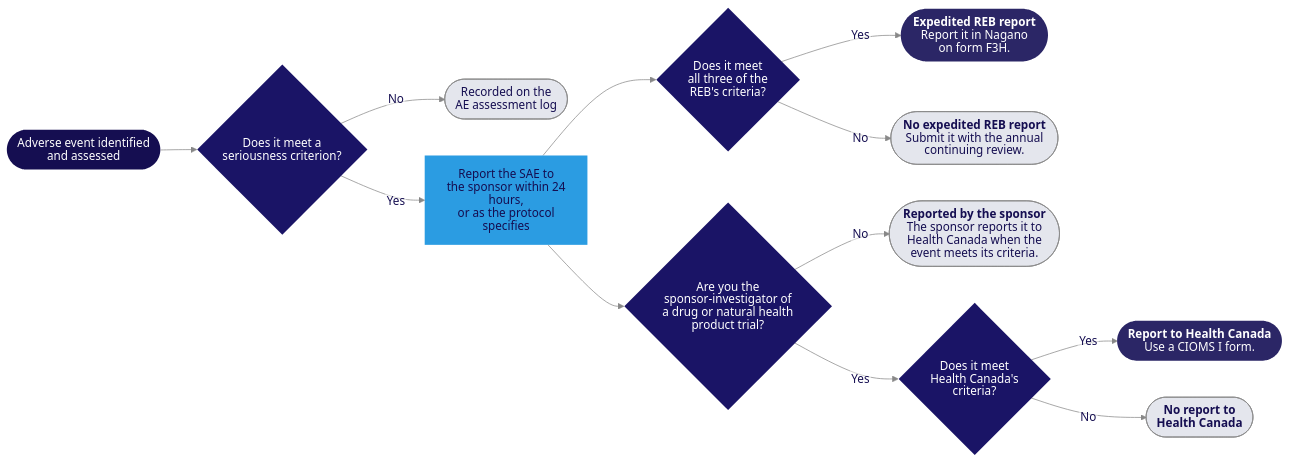
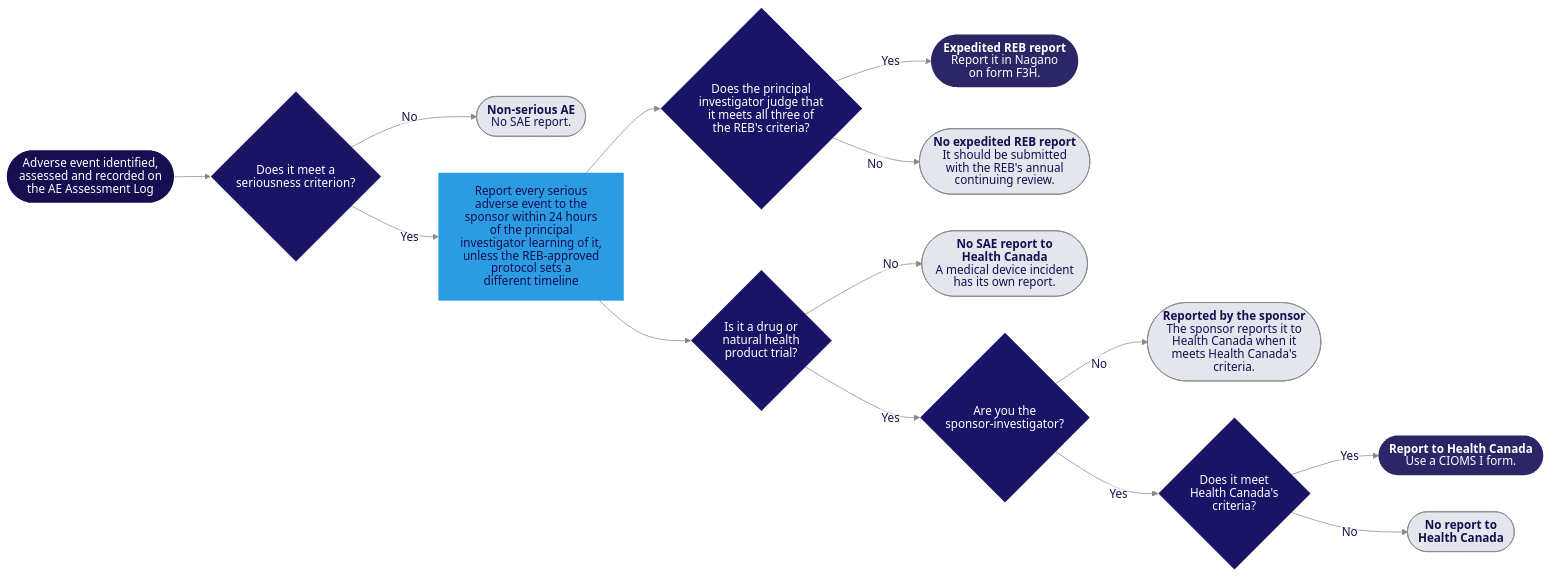
Before and after one commit to matthewfiorentino/docs: the diagram in images/diagrams/adverse-event-reporting.mmd, drawn with Mermaid. The commit also changed 2 other files, not shown here.

Commit message:
Hub review: Reportable Events and Protocol Deviations rewritten (V3)
- The page rewritten under STYLE-HUB 2.0, with the blind review's and
  the fact check's verified findings: the AE rule's scope and reference
  points, the SAE clock from the principal investigator's awareness,
  every sponsor's reporting to Health Canada, external SUSARs with their
  own row, the route when another Quebec REB reviews the study, and the
  page's own sources' requirements added
- The adverse-event diagram follows the text (the product question
  first; device studies end at their own report), with its SVG
  regenerated

```diff
--- a/images/diagrams/adverse-event-reporting.mmd
+++ b/images/diagrams/adverse-event-reporting.mmd
@@ -1,27 +1,31 @@
 %%{init: {'theme':'base','htmlLabels':false,'flowchart':{'htmlLabels':false,'subGraphTitleMargin':{'top':14,'bottom':10}},'themeVariables':{'primaryColor':'#2b2666','primaryTextColor':'#ffffff','primaryBorderColor':'#2b2666','lineColor':'#888','edgeLabelBackground':'#ffffff','titleColor':'#150e51','fontFamily':'system-ui,sans-serif'}}}%%
 flowchart LR
-    S(["Adverse event identified<br/>and assessed"]) --> Q1{"Does it meet a<br/>seriousness criterion?"}
-    Q1 -->|"No"| E1(["Recorded on the<br/>AE assessment log"])
-    Q1 -->|"Yes"| SP["Report the SAE to<br/>the sponsor within 24 hours,<br/>or as the protocol specifies"]
-    SP --> Q2{"Does it meet<br/>all three of the<br/>REB's criteria?"}
-    SP --> Q3{"Are you the<br/>sponsor-investigator of<br/>a drug or natural health<br/>product trial?"}
+    S(["Adverse event identified,<br/>assessed and recorded on<br/>the AE Assessment Log"]) --> Q1{"Does it meet a<br/>seriousness criterion?"}
+    Q1 -->|"No"| E1(["`**Non-serious AE**<br/>No SAE report.`"])
+    Q1 -->|"Yes"| SP["Report every serious<br/>adverse event to the<br/>sponsor within 24 hours<br/>of the principal<br/>investigator learning of it,<br/>unless the REB-approved<br/>protocol sets a<br/>different timeline"]
+    SP --> Q2{"Does the principal<br/>investigator judge that<br/>it meets all three of<br/>the REB's criteria?"}
+    SP --> Q3{"Is it a drug or<br/>natural health<br/>product trial?"}
     Q2 -->|"Yes"| E2(["`**Expedited REB report**<br/>Report it in Nagano<br/>on form F3H.`"])
-    Q2 -->|"No"| E3(["`**No expedited REB report**<br/>Submit it with the annual<br/>continuing review.`"])
-    Q3 -->|"No"| E4(["`**Reported by the sponsor**<br/>The sponsor reports it to<br/>Health Canada when the<br/>event meets its criteria.`"])
-    Q3 -->|"Yes"| Q4{"Does it meet<br/>Health Canada's<br/>criteria?"}
-    Q4 -->|"Yes"| E5(["`**Report to Health Canada**<br/>Use a CIOMS I form.`"])
-    Q4 -->|"No"| E6(["`**No report to**<br/>**Health Canada**`"])
+    Q2 -->|"No"| E3(["`**No expedited REB report**<br/>It should be submitted<br/>with the REB's annual<br/>continuing review.`"])
+    Q3 -->|"No"| E7(["`**No SAE report to**<br/>**Health Canada**<br/>A medical device incident<br/>has its own report.`"])
+    Q3 -->|"Yes"| Q4{"Are you the<br/>sponsor-investigator?"}
+    Q4 -->|"No"| E4(["`**Reported by the sponsor**<br/>The sponsor reports it to<br/>Health Canada when it<br/>meets Health Canada's<br/>criteria.`"])
+    Q4 -->|"Yes"| Q5{"Does it meet<br/>Health Canada's<br/>criteria?"}
+    Q5 -->|"Yes"| E5(["`**Report to Health Canada**<br/>Use a CIOMS I form.`"])
+    Q5 -->|"No"| E6(["`**No report to**<br/>**Health Canada**`"])
 
     style S fill:#150e51,color:#fff,stroke:none
     style Q1 fill:#1a1466,color:#fff,stroke:none
     style Q2 fill:#1a1466,color:#fff,stroke:none
     style Q3 fill:#1a1466,color:#fff,stroke:none
     style Q4 fill:#1a1466,color:#fff,stroke:none
+    style Q5 fill:#1a1466,color:#fff,stroke:none
     style SP fill:#2b9ce2,color:#150e51,stroke:none
     style E1 fill:#e4e6ed,color:#150e51,stroke:#888
     style E2 fill:#2b2666,color:#fff,stroke:none
     style E3 fill:#e4e6ed,color:#150e51,stroke:#888
     style E4 fill:#e4e6ed,color:#150e51,stroke:#888
     style E5 fill:#2b2666,color:#fff,stroke:none
     style E6 fill:#e4e6ed,color:#150e51,stroke:#888
+    style E7 fill:#e4e6ed,color:#150e51,stroke:#888
     linkStyle default color:#150e51
```
